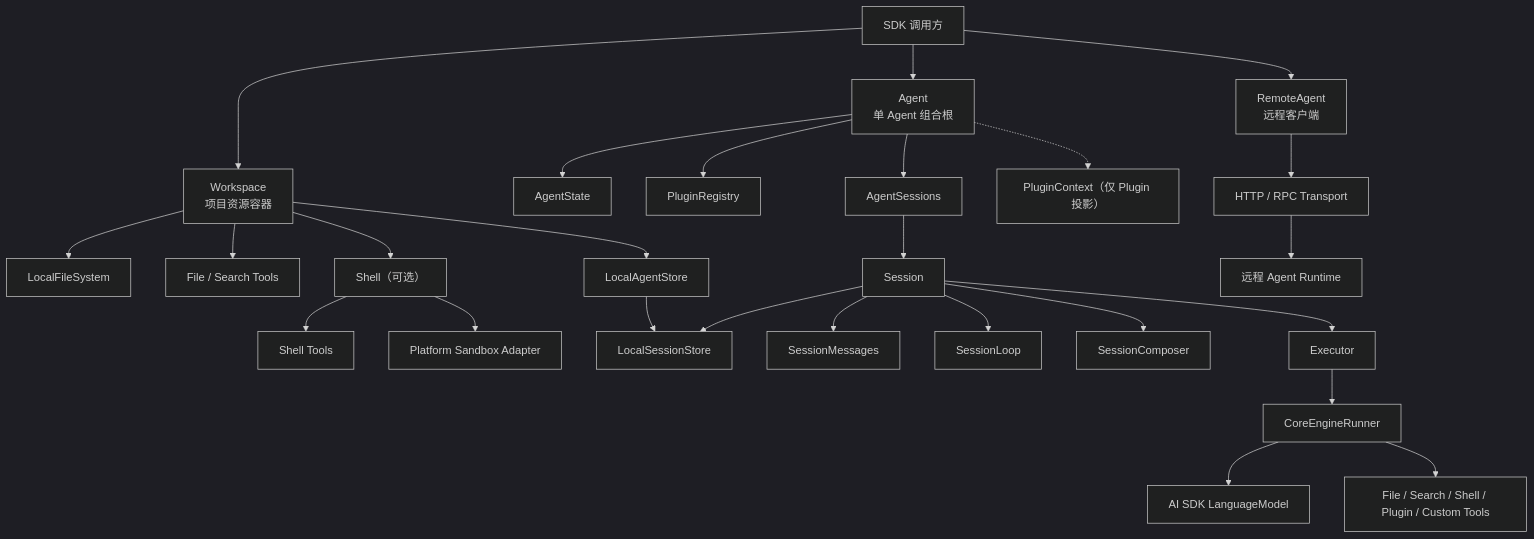
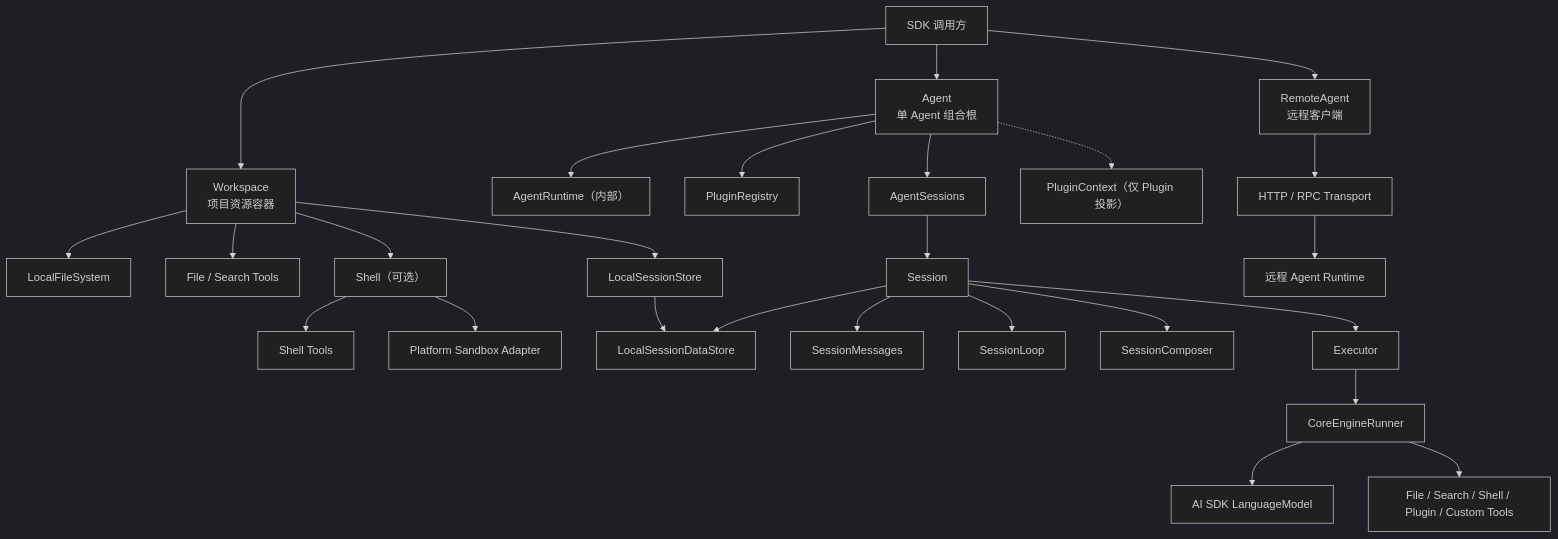
The first of 4 diagrams in docs/agent-sdk-architecture.md (genesiscosmos/downcity), drawn with Mermaid (dark theme) before and after one commit. The commit also changed other lines of this file and 113 other files, not shown here.

Commit message:
refactor(city): separate agent runtime from configuration

````diff
--- a/docs/agent-sdk-architecture.md
+++ b/docs/agent-sdk-architecture.md
@@ -30,34 +30,34 @@
 ```mermaid
 flowchart TD
     App["SDK 调用方"] --> Workspace["Workspace<br/>项目资源容器"]
     App --> Agent["Agent<br/>单 Agent 组合根"]
     App --> RemoteAgent["RemoteAgent<br/>远程客户端"]
 
     Workspace --> Files["LocalFileSystem"]
     Workspace --> WorkspaceTools["File / Search Tools"]
-    Workspace --> AgentStore["LocalAgentStore"]
+    Workspace --> SessionStore["LocalSessionStore"]
     Workspace --> Shell["Shell（可选）"]
 
     Shell --> ShellTools["Shell Tools"]
     Shell --> Sandbox["Platform Sandbox Adapter"]
 
-    Agent --> AgentState["AgentState"]
+    Agent --> AgentRuntime["AgentRuntime（内部）"]
     Agent --> Plugins["PluginRegistry"]
     Agent --> Sessions["AgentSessions"]
     Agent -.-> Context["PluginContext（仅 Plugin 投影）"]
 
     Sessions --> Session["Session"]
-    AgentStore --> SessionStore["LocalSessionStore"]
-    Session --> SessionStore
+    SessionStore --> SessionDataStore["LocalSessionDataStore"]
+    Session --> SessionDataStore
     Session --> Messages["SessionMessages"]
     Session --> Loop["SessionLoop"]
     Session --> Composer["SessionComposer"]
     Session --> Executor["Executor"]
 
     Executor --> Engine["CoreEngineRunner"]
     Engine --> Model["AI SDK LanguageModel"]
     Engine --> Tools["File / Search / Shell / Plugin / Custom Tools"]
 
     RemoteAgent --> Transport["HTTP / RPC Transport"]
     Transport --> Server["远程 Agent Runtime"]
 ```
````
